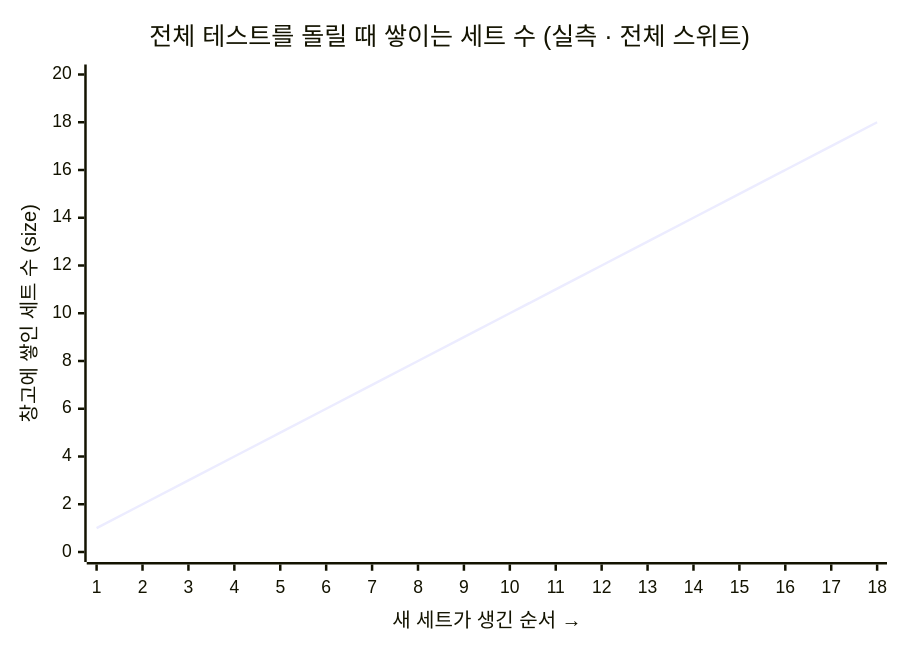
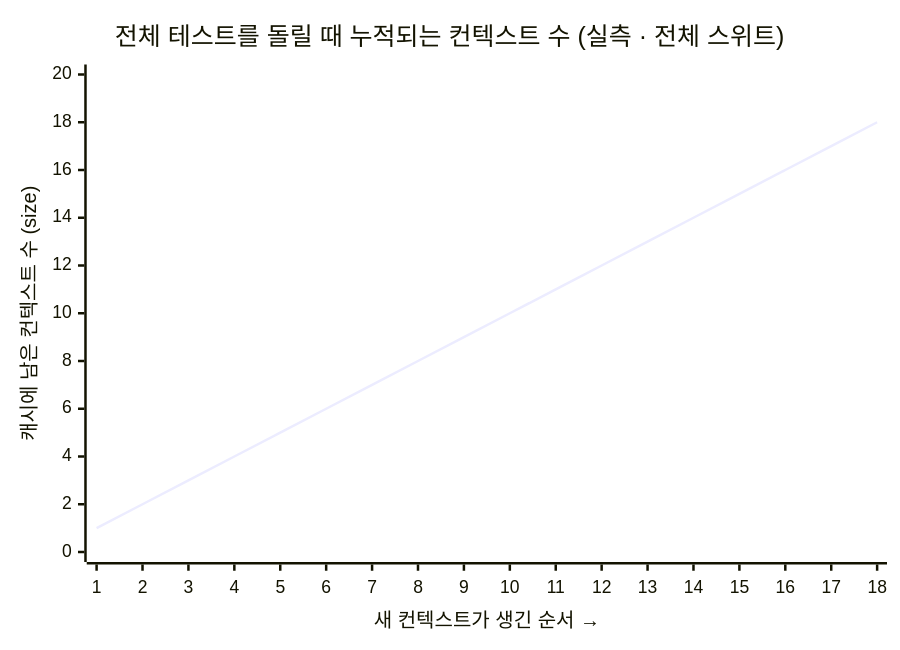
The third of 6 diagrams in blog/2026-08-03-spring-datajpatest-context-oom.mdx (johnycho/johny-dev), drawn with Mermaid before and after one commit. The commit also changed other lines of this file and 47 other files, not shown here.

````diff
--- a/blog/2026-08-03-spring-datajpatest-context-oom.mdx
+++ b/blog/2026-08-03-spring-datajpatest-context-oom.mdx
@@ -156,7 +168,7 @@
 ```mermaid
 xychart-beta
-    title "전체 테스트를 돌릴 때 쌓이는 세트 수 (실측 · 전체 스위트)"
-    x-axis "새 세트가 생긴 순서 →" [1,2,3,4,5,6,7,8,9,10,11,12,13,14,15,16,17,18]
-    y-axis "창고에 쌓인 세트 수 (size)" 0 --> 20
+    title "전체 테스트를 돌릴 때 누적되는 컨텍스트 수 (실측 · 전체 스위트)"
+    x-axis "새 컨텍스트가 생긴 순서 →" [1,2,3,4,5,6,7,8,9,10,11,12,13,14,15,16,17,18]
+    y-axis "캐시에 남은 컨텍스트 수 (size)" 0 --> 20
     line [1,2,3,4,5,6,7,8,9,10,11,12,13,14,15,16,17,18]
 ```
````
